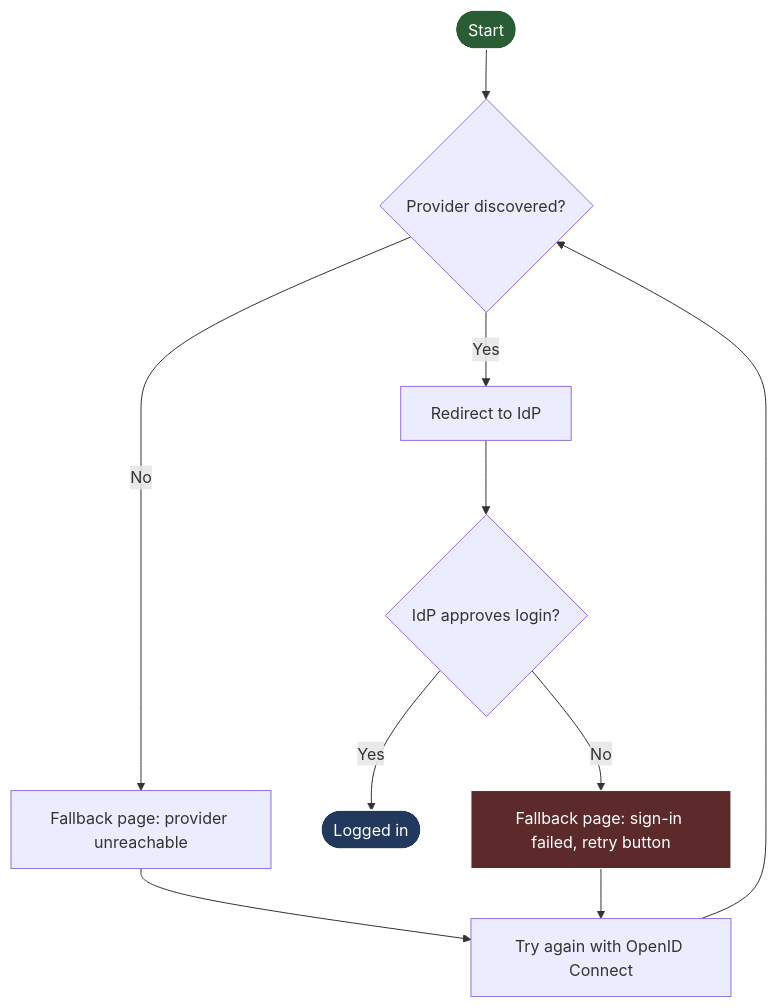
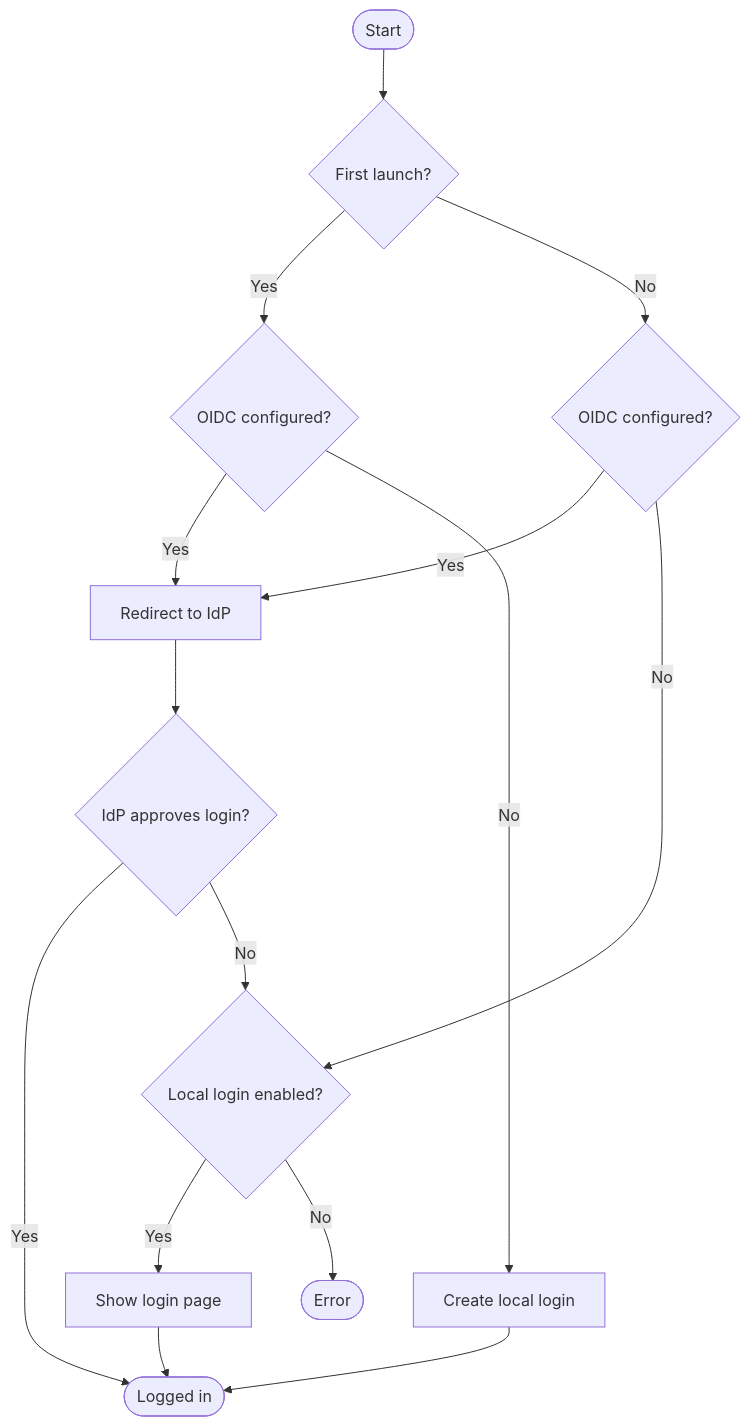
Before and after one commit to Miista/authy: the diagram in README.md, drawn with Mermaid. The commit also changed other lines of this file and 16 other files, not shown here.

````diff
--- a/README.md
+++ b/README.md
@@ -27,22 +30,22 @@
 ```mermaid
 flowchart TD
-    Start([Start]) --> Disc{Provider discovered?}
+    Start([Start]) --> First{First launch?}
 
-    Disc -- Yes --> IdP[Redirect to IdP]
-    Disc -- No --> Fallback[Fallback page: provider unreachable]
+    First -- Yes --> OIDC1{OIDC configured?}
+    First -- No  --> OIDC2{OIDC configured?}
+
+    OIDC1 -- Yes --> IdP[Redirect to IdP]
+    OIDC1 -- No  --> Setup[Create local login]
+    OIDC2 -- Yes --> IdP
+    OIDC2 -- No  --> LocalOn{Local login enabled?}
 
     IdP --> Approves{IdP approves login?}
     Approves -- Yes --> In([Logged in])
-    Approves -- No --> Fail[Fallback page: sign-in failed, retry button]
+    Approves -- No  --> LocalOn
 
-    Fallback --> Retry[Try again with OpenID Connect]
-    Fail --> Retry
-    Retry --> Disc
+    LocalOn -- Yes --> Form[Show login page]
+    LocalOn -- No  --> Err([Error])
 
-    classDef start fill:#2a5c36,stroke:#fff,color:#fff
-    classDef ok fill:#22385c,stroke:#fff,color:#fff
-    classDef bad fill:#5c2a2a,stroke:#fff,color:#fff
-    class Start start
-    class In ok
-    class Fail bad
+    Form --> In
+    Setup --> In
 ```
````
